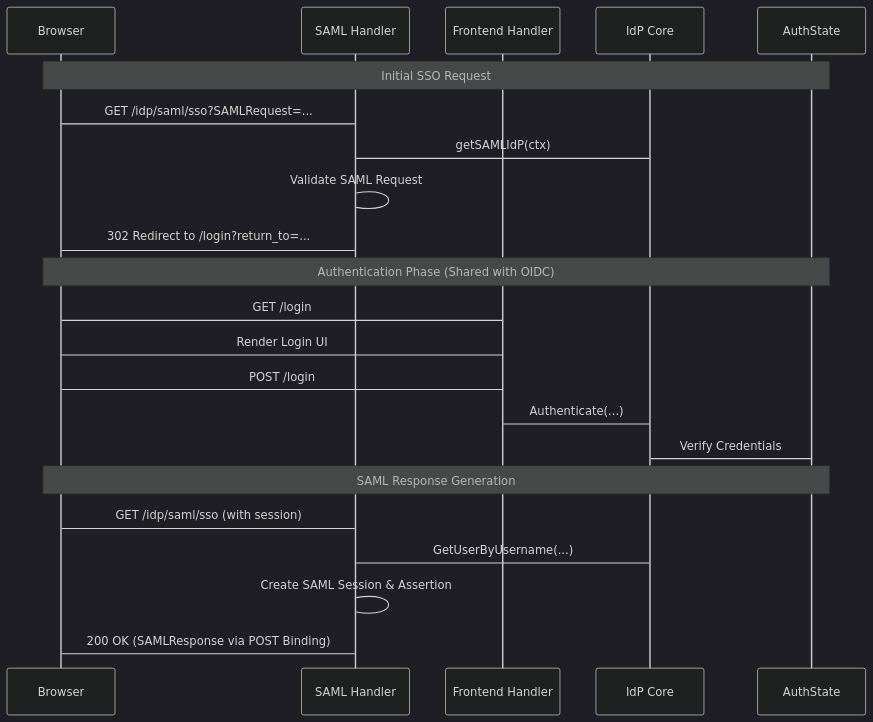
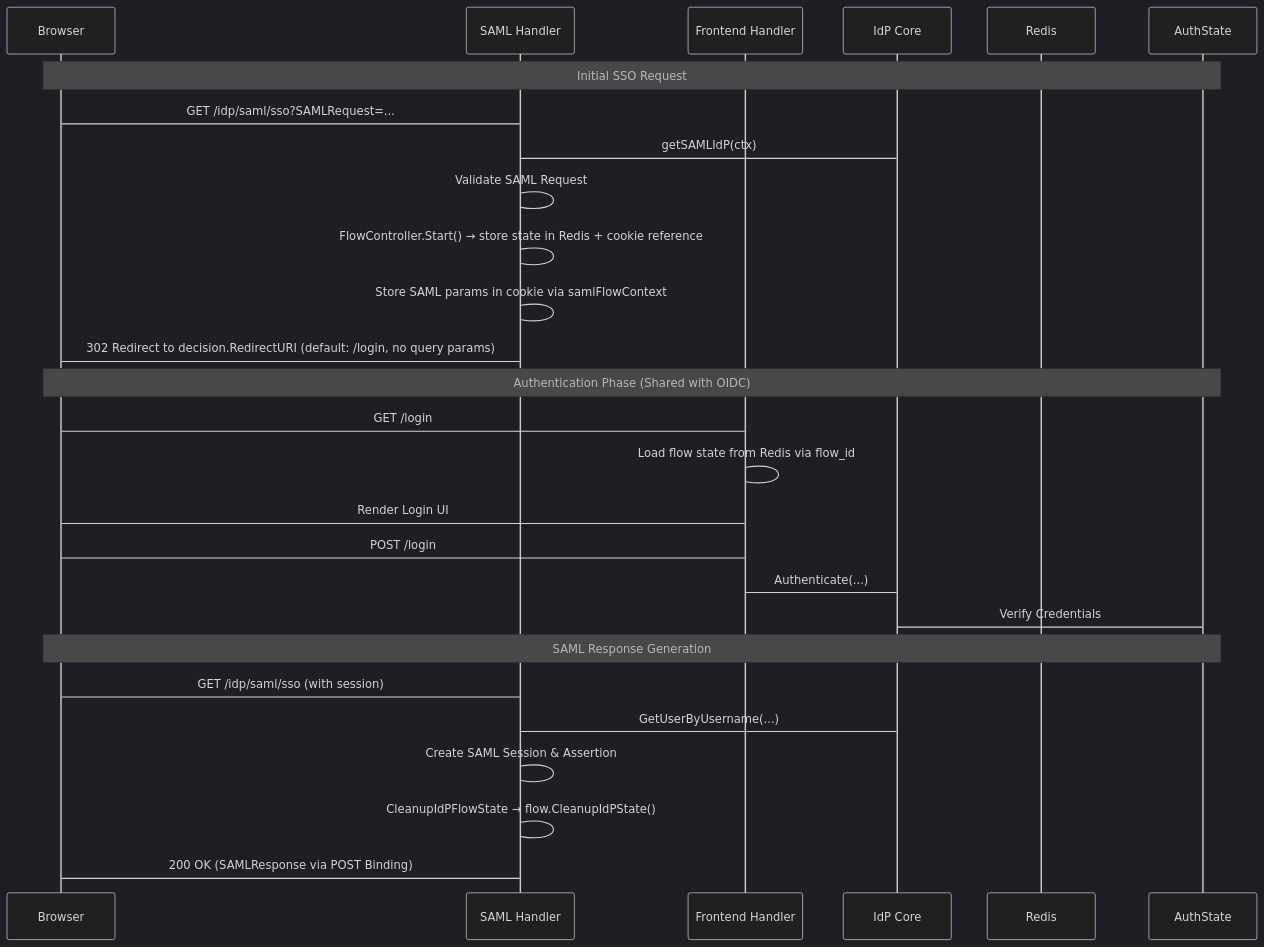
Before and after one commit to croessner/nauthilus: the fourth of 9 diagrams in server/docs/idp.md, drawn with Mermaid (dark theme). The commit also changed other lines of this file and 43 other files, not shown here.

First line of the commit message:
Feat: Implement IdP flow controller with state transitions and cleanup

````diff
--- a/server/docs/idp.md
+++ b/server/docs/idp.md
@@ -301,24 +326,29 @@
 ```mermaid
 sequenceDiagram
     participant B as Browser
     participant H as SAML Handler
     participant F as Frontend Handler
     participant I as IdP Core
+    participant R as Redis
     participant A as AuthState
     Note over B, A: Initial SSO Request
     B -> H: GET /idp/saml/sso?SAMLRequest=...
     H -> I: getSAMLIdP(ctx)
     H -> H: Validate SAML Request
-    H -> B: 302 Redirect to /login?return_to=...
+    H -> H: FlowController.Start() → store state in Redis + cookie reference
+    H -> H: Store SAML params in cookie via samlFlowContext
+    H -> B: 302 Redirect to decision.RedirectURI (default: /login, no query params)
     Note over B, A: Authentication Phase (Shared with OIDC)
     B -> F: GET /login
+    F -> F: Load flow state from Redis via flow_id
     F -> B: Render Login UI
     B -> F: POST /login
     F -> I: Authenticate(...)
     I -> A: Verify Credentials
     Note over B, A: SAML Response Generation
     B -> H: GET /idp/saml/sso (with session)
     H -> I: GetUserByUsername(...)
     H -> H: Create SAML Session & Assertion
+    H -> H: CleanupIdPFlowState → flow.CleanupIdPState()
     H -> B: 200 OK (SAMLResponse via POST Binding)
 ```
````
